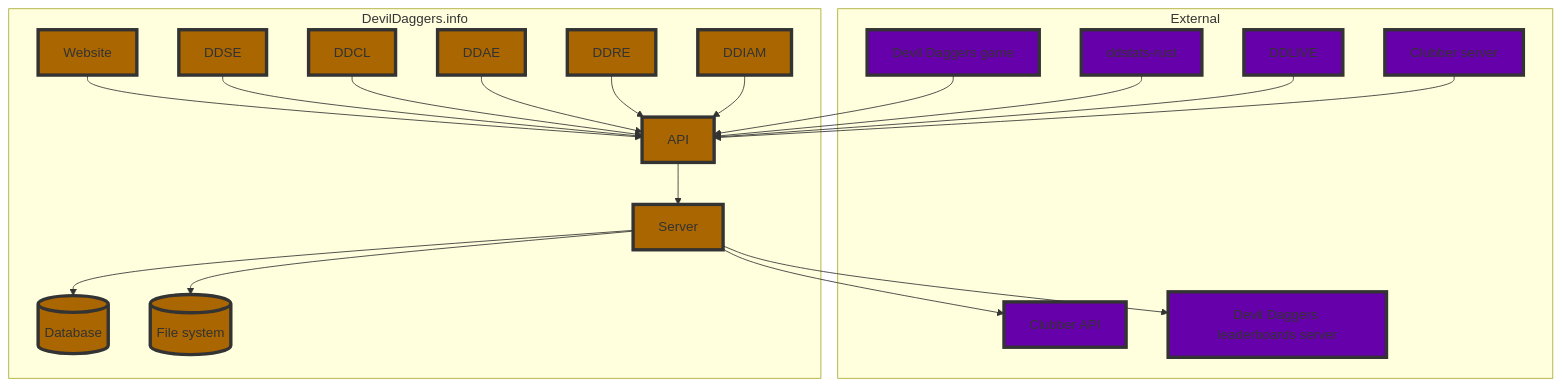
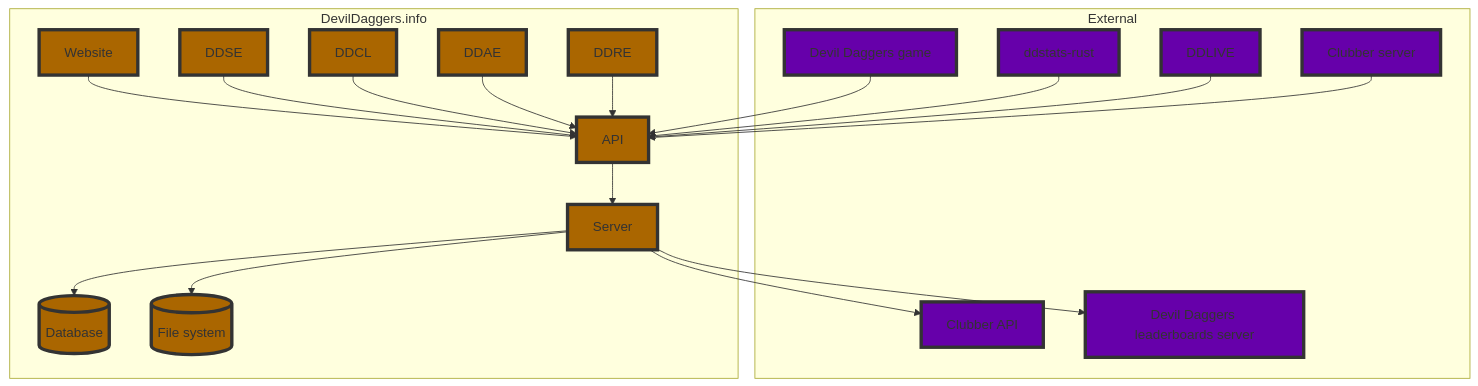
The diagram in docs/architecture/communication.md (NoahStolk/ddinfo-web), drawn with Mermaid before and after one commit. The commit also changed 4 other files, not shown here.

````diff
--- a/docs/architecture/communication.md
+++ b/docs/architecture/communication.md
@@ -5,56 +5,54 @@
 ```mermaid
 flowchart TD;
 	database[(Database)]
 	filesystem[(File system)]
 	server[Server]
 	api[API]
 	devildaggersinfo[Website]
 	devildaggers[Devil Daggers game]
 	ddse[DDSE]
 	ddcl[DDCL]
 	ddae[DDAE]
 	ddre[DDRE]
-	ddiam[DDIAM]
 	ddstatsrust[ddstats-rust]
 	ddlive[DDLIVE]
 	clubberserver[Clubber server]
 	clubberapi[Clubber API]
 	devildaggersleaderboards[Devil Daggers leaderboards server]
 
-	class database,filesystem,server,api,devildaggersinfo,ddse,ddcl,ddae,ddre,ddiam ddinfo;
+	class database,filesystem,server,api,devildaggersinfo,ddse,ddcl,ddae,ddre ddinfo;
 	class devildaggers,ddstatsrust,ddlive,clubberserver,clubberapi,devildaggersleaderboards external;
 
 	classDef ddinfo fill:#a60,stroke:#333,stroke-width:4px;
 	classDef external fill:#60a,stroke:#333,stroke-width:4px;
 
 	subgraph External
 		devildaggers
 		ddstatsrust
 		ddlive
 		clubberserver
 		clubberapi
 		devildaggersleaderboards
 	end
 
 	devildaggers --> api
 	ddstatsrust --> api
 	ddlive --> api
 	clubberserver --> api
 
 	server --> devildaggersleaderboards
 	server --> clubberapi
 
 	subgraph DevilDaggers.info
 		server --> database
 		server --> filesystem
 
 		api --> server
 
 		devildaggersinfo --> api
 		ddse --> api
 		ddcl --> api
 		ddae --> api
 		ddre --> api
-		ddiam --> api
 	end
 ```
````
